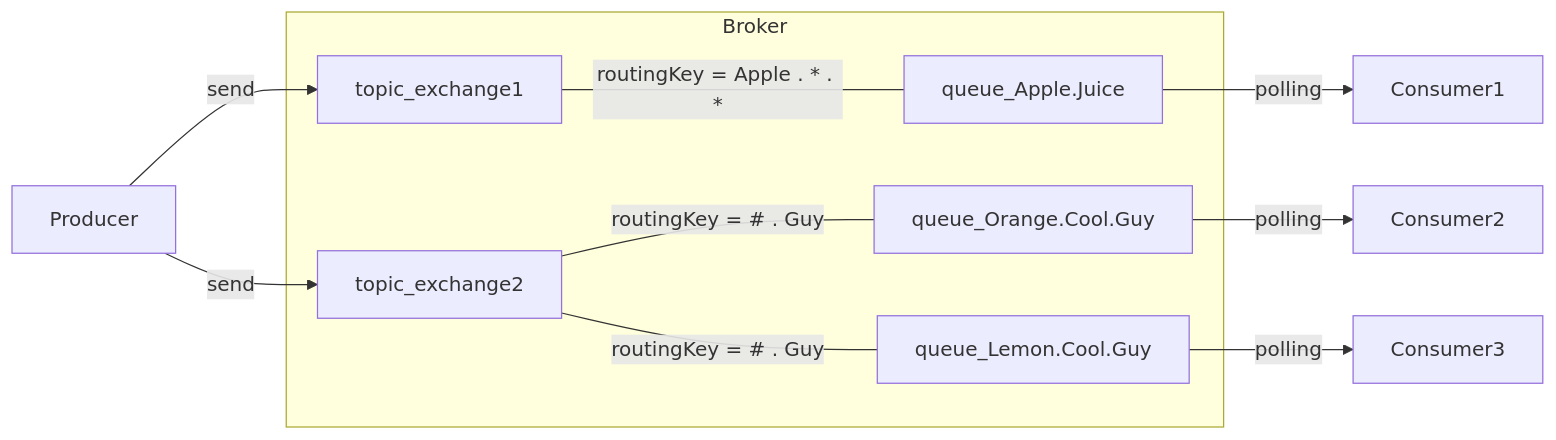
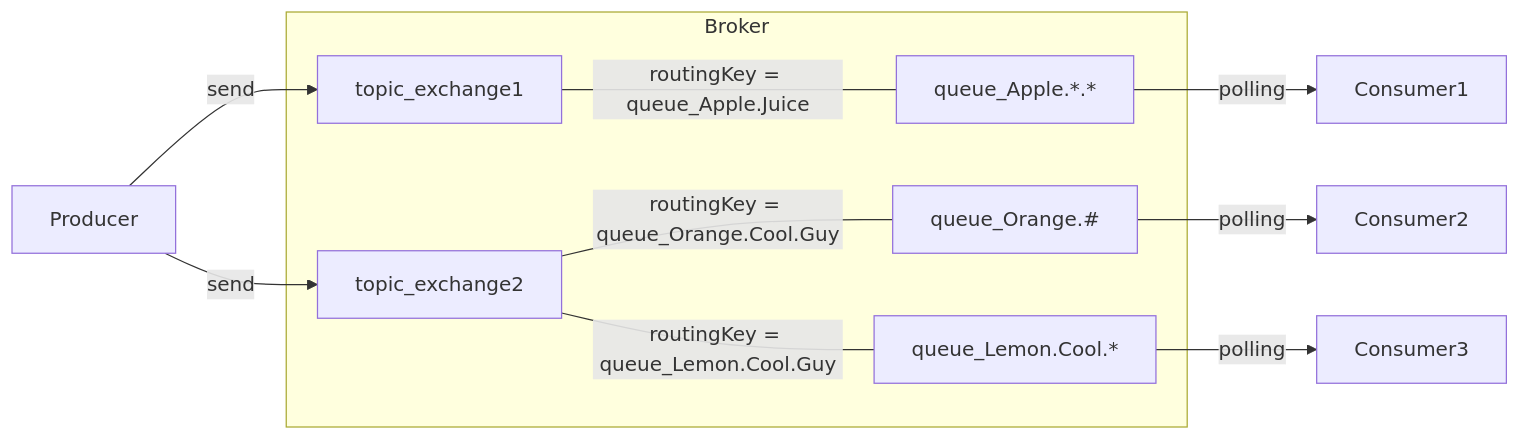
One commit to y40103/y40103.github.io changed the sixth of 6 diagrams in _posts/2024-06-15-post-RabbitMQ 基礎概念.md. Above: the diagram before and after it, drawn with Mermaid. The commit also changed other lines of this file and 1 other file, not shown here.

````diff
--- a/_posts/2024-06-15-post-RabbitMQ 基礎概念.md
+++ b/_posts/2024-06-15-post-RabbitMQ 基礎概念.md
@@ -198,14 +207,19 @@
 ```mermaid
     graph LR
+
+    Queue1[queue_Apple.*.*]
+    Queue2[queue_Orange.#]
+    Queue3[queue_Lemon.Cool.*]
+
     subgraph Broker
-        topic_exchange1 ---|routingKey = Apple . * . *| queue_Apple.Juice
-        topic_exchange2 ---|routingKey = # . Guy| queue_Orange.Cool.Guy
-        topic_exchange2 ---|routingKey = # . Guy| queue_Lemon.Cool.Guy
+        topic_exchange1 ---|routingKey = queue_Apple.Juice| Queue1
+        topic_exchange2 ---|routingKey = queue_Orange.Cool.Guy| Queue2
+        topic_exchange2 ---|routingKey = queue_Lemon.Cool.Guy| Queue3 
     end
     Producer -->|send| topic_exchange1
     Producer -->|send| topic_exchange2
-    queue_Apple.Juice -->|polling| Consumer1
-    queue_Orange.Cool.Guy -->|polling| Consumer2
-    queue_Lemon.Cool.Guy -->|polling| Consumer3
+    Queue1 -->|polling| Consumer1
+    Queue2 -->|polling| Consumer2
+    Queue3 -->|polling| Consumer3
 
 ```
````
